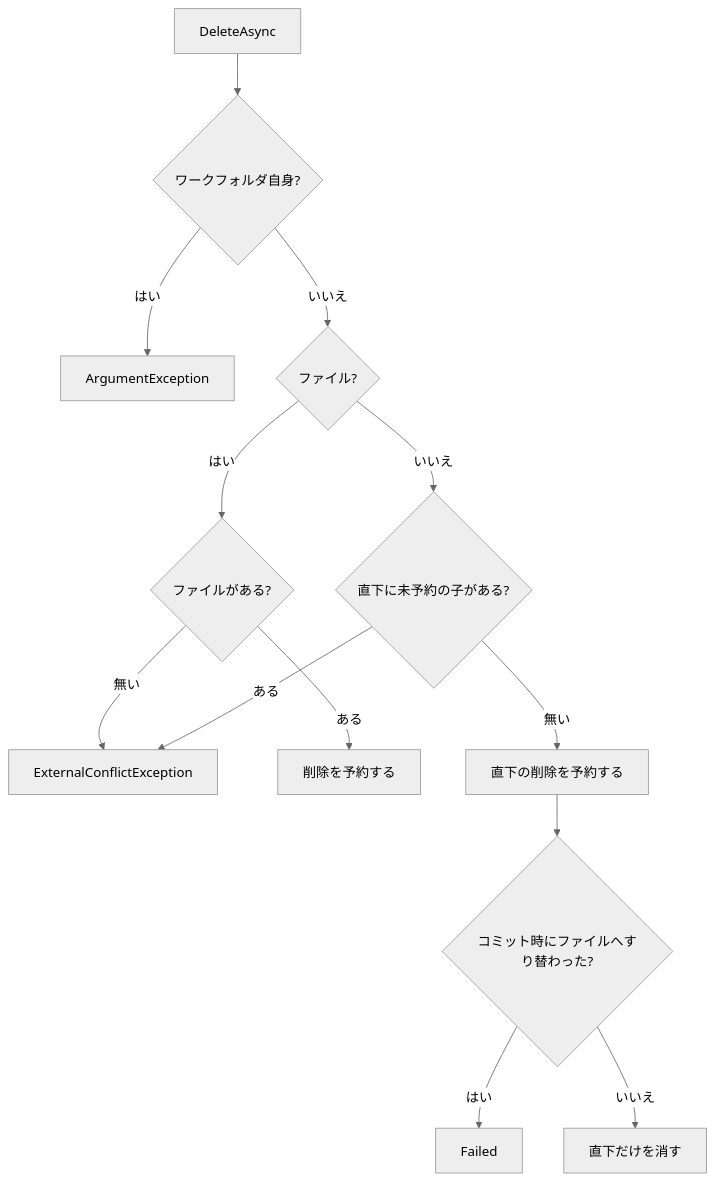
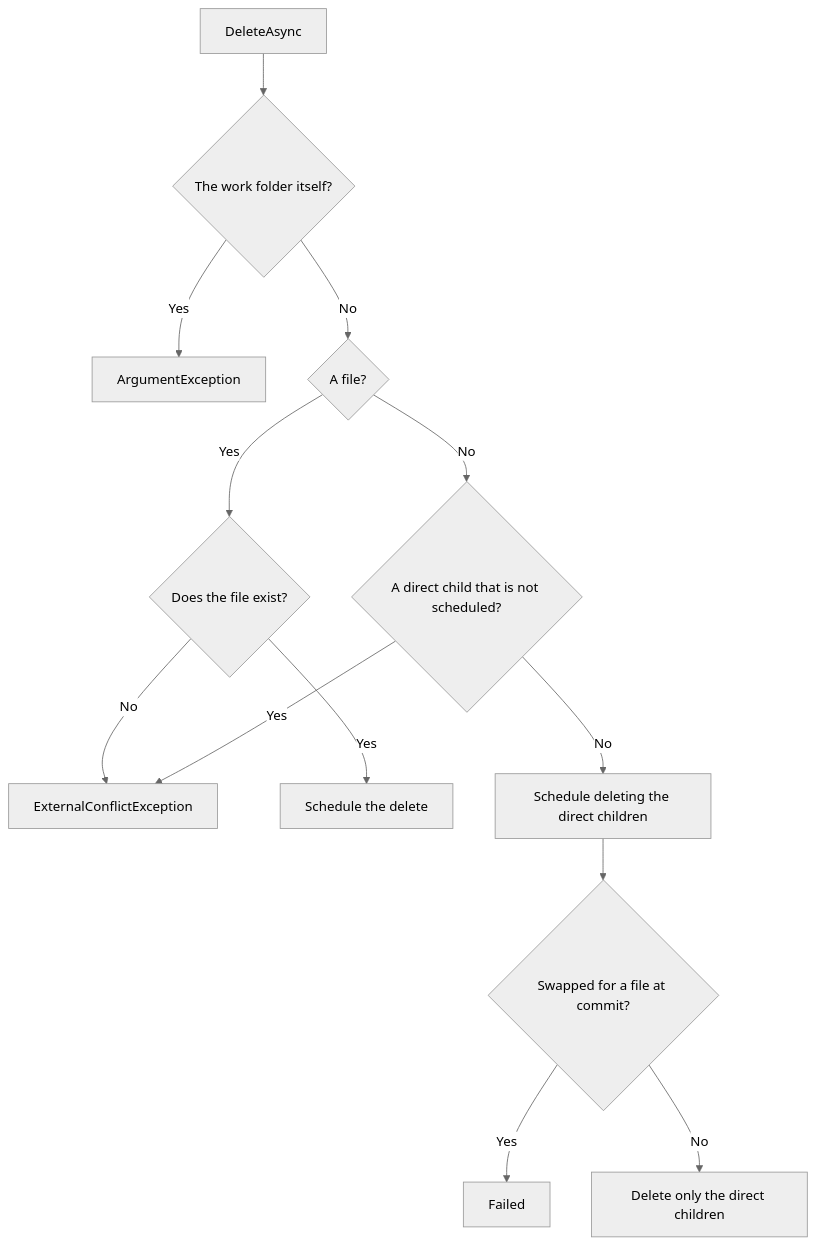
The seventh of 15 diagrams in README.md (YUKIKEDA/Txfio), drawn with Mermaid (neutral theme) before and after one commit. The commit also changed other lines of this file and 218 other files, not shown here.

````diff
--- a/README.md
+++ b/README.md
@@ -279,15 +281,15 @@
 ```mermaid
 flowchart TD
-  del["DeleteAsync"] --> self{"ワークフォルダ自身?"}
-  self -->|はい| arg["ArgumentException"]
-  self -->|いいえ| kind{"ファイル?"}
-  kind -->|はい| file{"ファイルがある?"}
-  file -->|無い| ext["ExternalConflictException"]
-  file -->|ある| reserve["削除を予約する"]
-  kind -->|いいえ| child{"直下に未予約の子がある?"}
-  child -->|ある| ext
-  child -->|無い| dreserve["直下の削除を予約する"]
-  dreserve --> swap{"コミット時にファイルへすり替わった?"}
-  swap -->|はい| failed["Failed"]
-  swap -->|いいえ| gone["直下だけを消す"]
+  del["DeleteAsync"] --> self{"The work folder itself?"}
+  self -->|Yes| arg["ArgumentException"]
+  self -->|No| kind{"A file?"}
+  kind -->|Yes| file{"Does the file exist?"}
+  file -->|No| ext["ExternalConflictException"]
+  file -->|Yes| reserve["Schedule the delete"]
+  kind -->|No| child{"A direct child that is not scheduled?"}
+  child -->|Yes| ext
+  child -->|No| dreserve["Schedule deleting the direct children"]
+  dreserve --> swap{"Swapped for a file at commit?"}
+  swap -->|Yes| failed["Failed"]
+  swap -->|No| gone["Delete only the direct children"]
 ```
````
